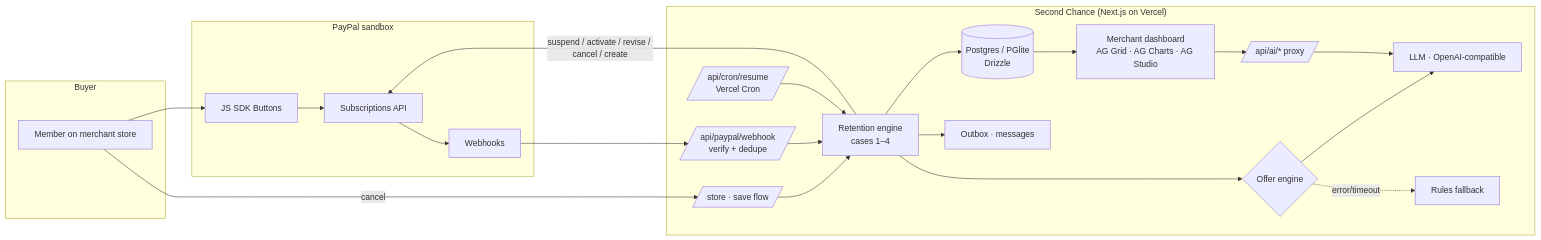
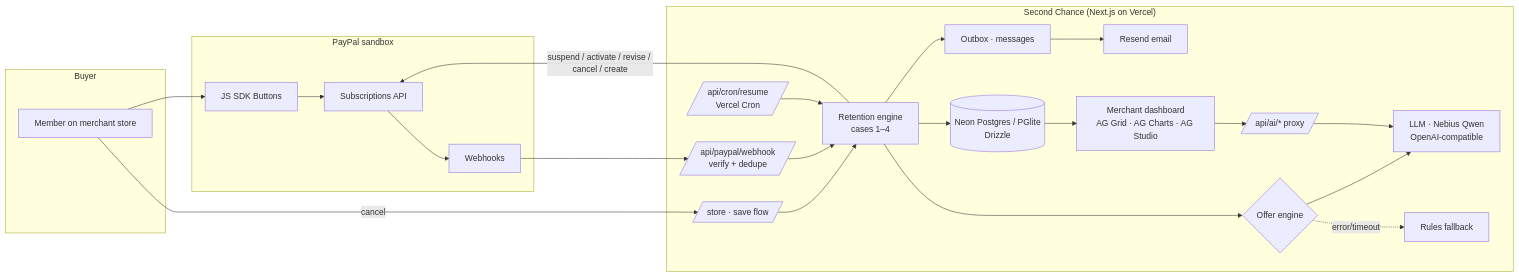
The diagram in README.md (k7bot/second-chance), drawn with Mermaid before and after one commit. The commit also changed other lines of this file and 6 other files, not shown here.

````diff
--- a/README.md
+++ b/README.md
@@ -80,36 +94,37 @@
 ```mermaid
 flowchart LR
   subgraph Buyer
     B[Member on merchant store]
   end
   subgraph PayPal["PayPal sandbox"]
     SDK[JS SDK Buttons]
     SUBS[Subscriptions API]
     WH[Webhooks]
   end
   subgraph App["Second Chance (Next.js on Vercel)"]
     STORE[/store · save flow/]
     HOOK[/api/paypal/webhook<br/>verify + dedupe/]
     RET[Retention engine<br/>cases 1–4]
     ENG{Offer engine}
-    LLM[LLM · OpenAI-compatible]
+    LLM[LLM · Nebius Qwen<br/>OpenAI-compatible]
     RULES[Rules fallback]
-    DB[(Postgres / PGlite<br/>Drizzle)]
+    DB[(Neon Postgres / PGlite<br/>Drizzle)]
     OUT[Outbox · messages]
+    MAIL[Resend email]
     CRON[/api/cron/resume<br/>Vercel Cron/]
     DASH[Merchant dashboard<br/>AG Grid · AG Charts · AG Studio]
     AIP[/api/ai/* proxy/]
   end
   B --> SDK --> SUBS
   B -- cancel --> STORE --> RET
   SUBS --> WH --> HOOK --> RET
   RET --> ENG
   ENG --> LLM
   ENG -. error/timeout .-> RULES
   RET -- suspend / activate / revise / cancel / create --> SUBS
   RET --> DB
-  RET --> OUT
+  RET --> OUT --> MAIL
   CRON --> RET
   DB --> DASH
   DASH --> AIP --> LLM
 ```
````
